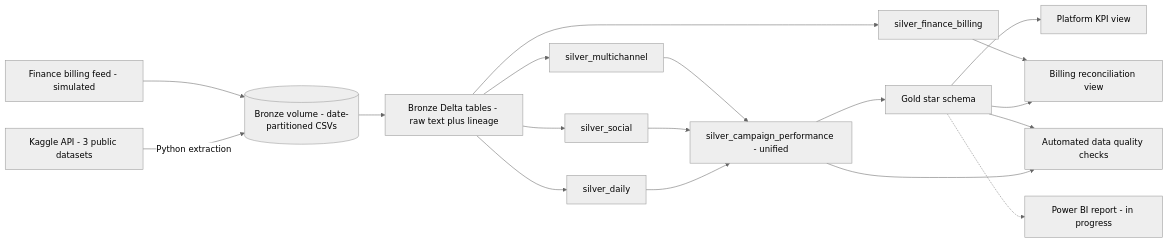
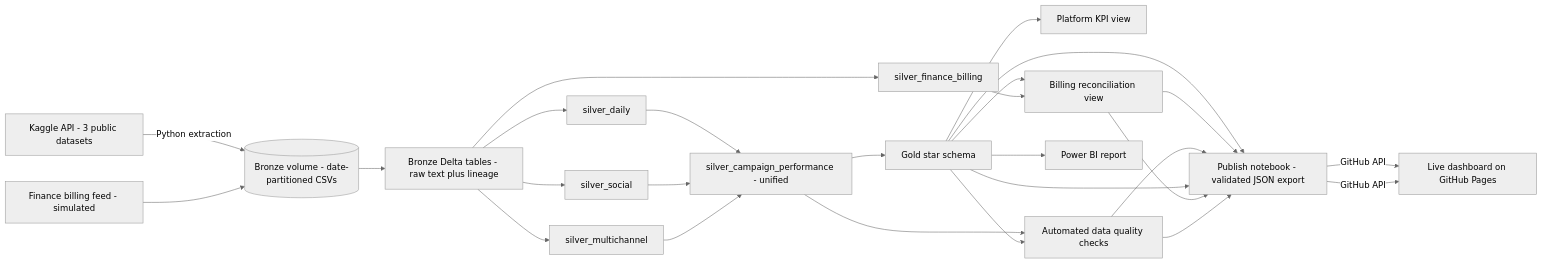
The first of 2 diagrams in README.md (BalamuruganS-Data/media-campaign-pipeline), drawn with Mermaid (neutral theme) before and after one commit. The commit also changed other lines of this file and 3 other files, not shown here.

````diff
--- a/README.md
+++ b/README.md
@@ -41,20 +51,28 @@
 ```mermaid
 flowchart LR
     K[Kaggle API - 3 public datasets] -->|Python extraction| BV[(Bronze volume - date-partitioned CSVs)]
     F[Finance billing feed - simulated] --> BV
     BV --> BT[Bronze Delta tables - raw text plus lineage]
     BT --> S1[silver_daily]
     BT --> S2[silver_social]
     BT --> S3[silver_multichannel]
     BT --> S4[silver_finance_billing]
     S1 --> SU[silver_campaign_performance - unified]
     S2 --> SU
     S3 --> SU
     SU --> G[Gold star schema]
     G --> KPI[Platform KPI view]
     G --> REC[Billing reconciliation view]
     S4 --> REC
     SU --> DQ[Automated data quality checks]
     G --> DQ
-    G -.-> PBI[Power BI report - in progress]
+    G --> PUB[Publish notebook - validated JSON export]
+    REC --> PUB
+    DQ --> PUB
+    PUB -->|GitHub API| WEB[Live dashboard on GitHub Pages]
+    G --> PBI[Power BI report]
+    G --> PUB[Publish notebook - validated JSON export]
+    REC --> PUB
+    DQ --> PUB
+    PUB -->|GitHub API| WEB[Live dashboard on GitHub Pages]
 ```
````
